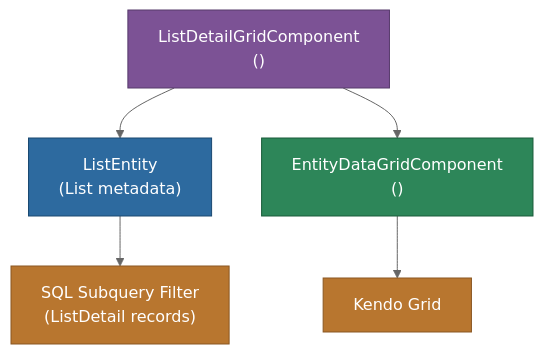
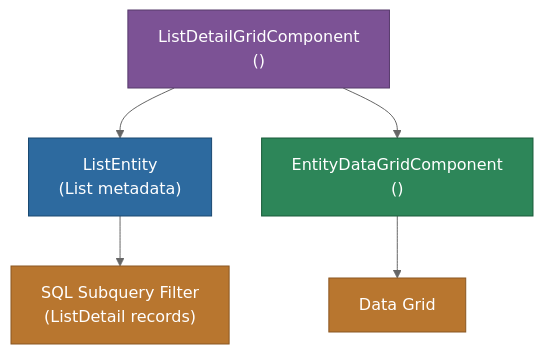
Before and after one commit to MemberJunction/MJ: the diagram in packages/Angular/Explorer/list-detail-grid/README.md, drawn with Mermaid (neutral theme). The commit also changed 117 other files, not shown here.

````diff
--- a/packages/Angular/Explorer/list-detail-grid/README.md
+++ b/packages/Angular/Explorer/list-detail-grid/README.md
@@ -9,13 +9,13 @@
 ```mermaid
 graph TD
     LDG["ListDetailGridComponent\n(<mj-list-detail-grid>)"] --> LE["ListEntity\n(List metadata)"]
     LDG --> EDG["EntityDataGridComponent\n(<mj-entity-data-grid>)"]
-    EDG --> KG["Kendo Grid"]
+    EDG --> KG["Data Grid"]
     LE --> SF["SQL Subquery Filter\n(ListDetail records)"]
 
     style LDG fill:#7c5295,stroke:#563a6b,color:#fff
     style LE fill:#2d6a9f,stroke:#1a4971,color:#fff
     style EDG fill:#2d8659,stroke:#1a5c3a,color:#fff
     style KG fill:#b8762f,stroke:#8a5722,color:#fff
     style SF fill:#b8762f,stroke:#8a5722,color:#fff
 ```
````
